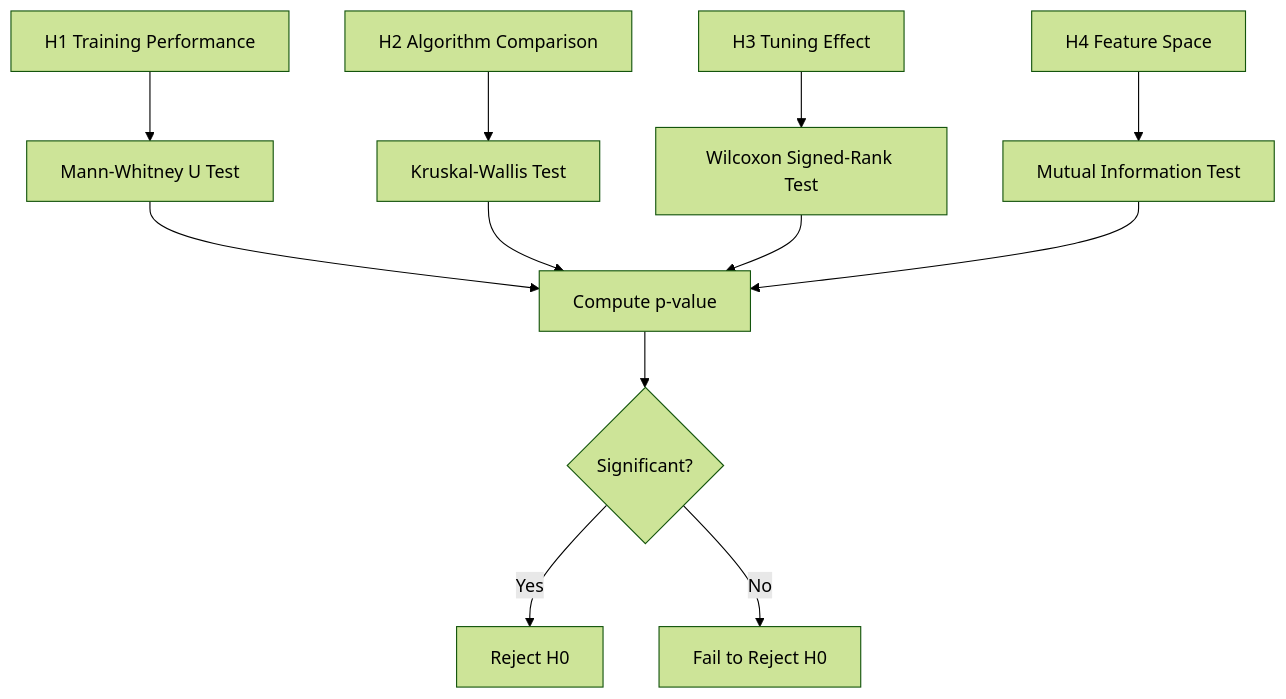
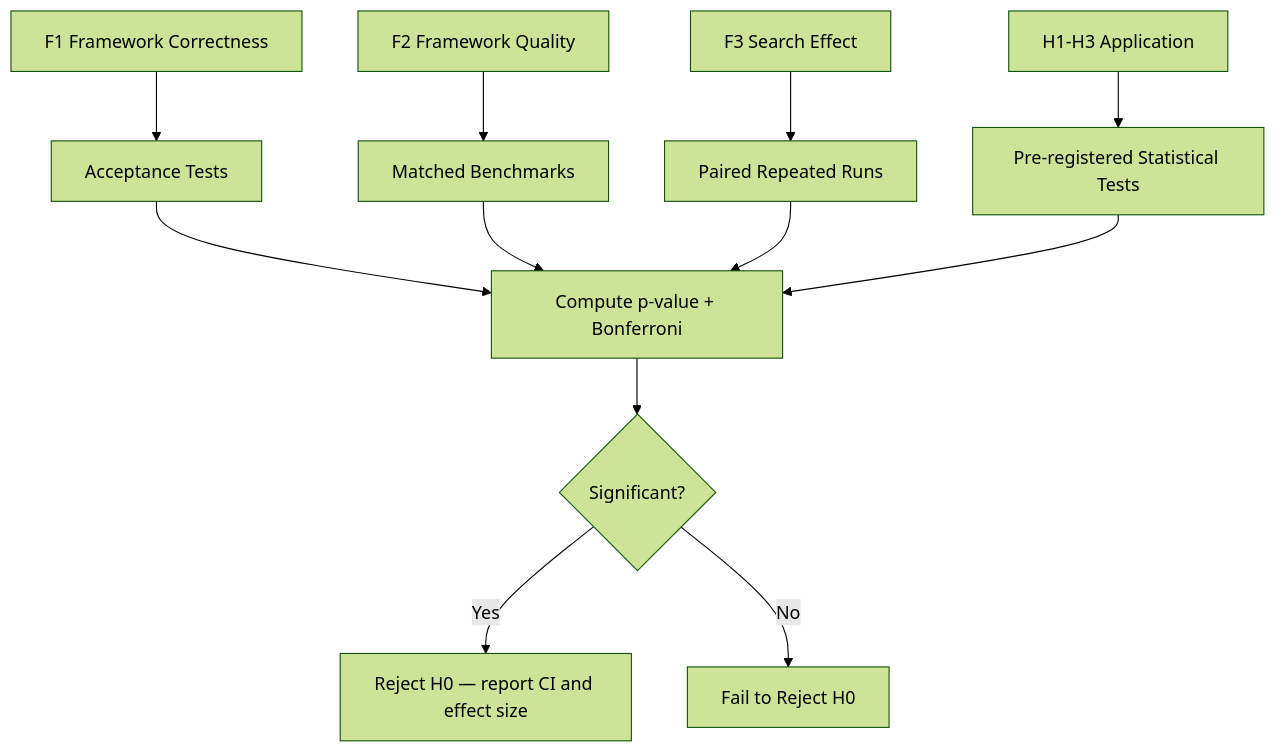
One commit to Evintkoo/2048-ml changed the third of 3 diagrams in plans/08-Research-Report/02-Methodology/03-hypotheses.md. Above: the diagram before and after it, drawn with Mermaid (forest theme). The commit also changed other lines of this file and 94 other files, not shown here.

````diff
--- a/plans/08-Research-Report/02-Methodology/03-hypotheses.md
+++ b/plans/08-Research-Report/02-Methodology/03-hypotheses.md
@@ -95,16 +95,16 @@
 ```mermaid
 flowchart TD
-    A[H1 Training Performance] --> B[Mann-Whitney U Test]
-    C[H2 Algorithm Comparison] --> D[Kruskal-Wallis Test]
-    E[H3 Tuning Effect] --> F[Wilcoxon Signed-Rank Test]
-    G[H4 Feature Space] --> H[Mutual Information Test]
+    A[F1 Framework Correctness] --> B[Acceptance Tests]
+    C[F2 Framework Quality] --> D[Matched Benchmarks]
+    E[F3 Search Effect] --> F[Paired Repeated Runs]
+    G[H1-H3 Application] --> H[Pre-registered Statistical Tests]
     
-    B --> I[Compute p-value]
+    B --> I[Compute p-value + Bonferroni]
     D --> I
     F --> I
     H --> I
     
     I --> J{Significant?}
-    J -->|Yes| K[Reject H0]
+    J -->|Yes| K[Reject H0 — report CI and effect size]
     J -->|No| L[Fail to Reject H0]
 ```
````
